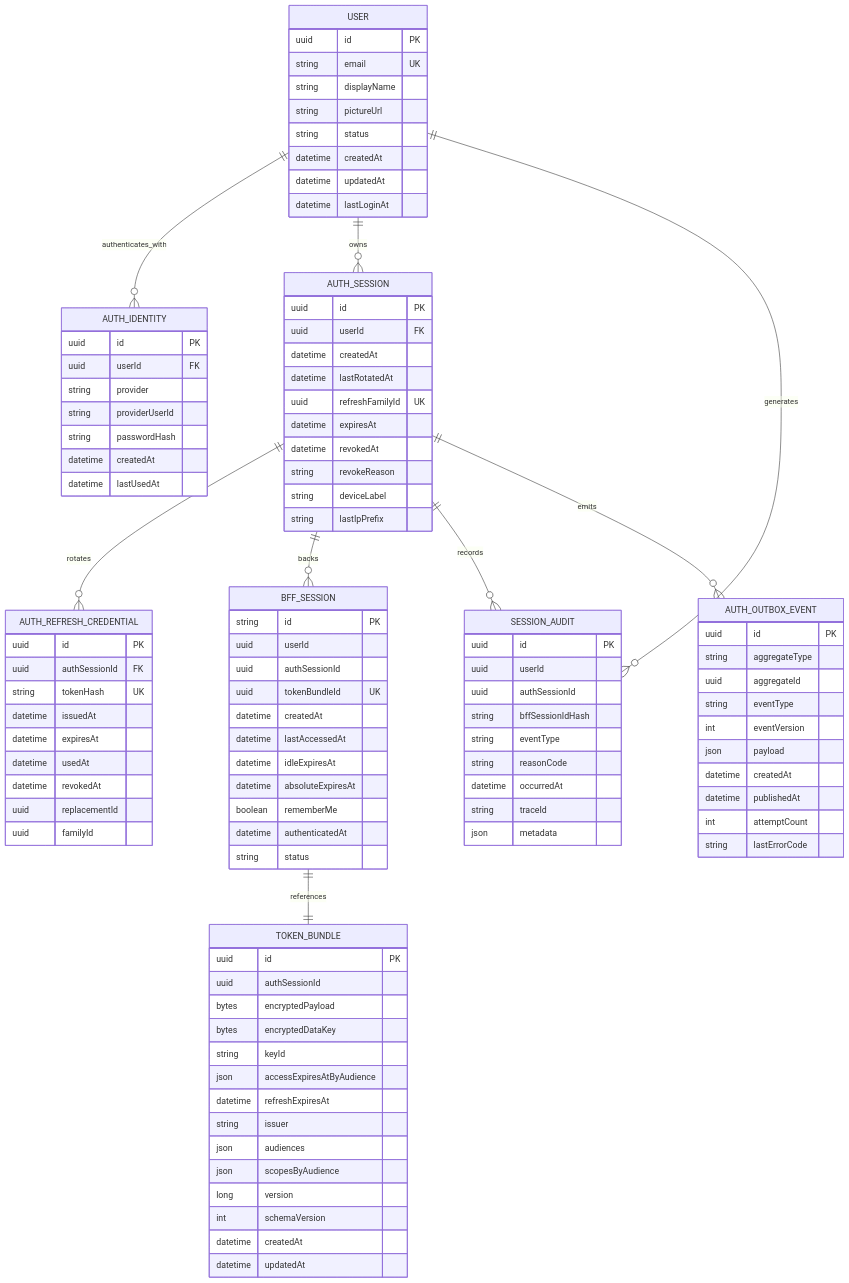
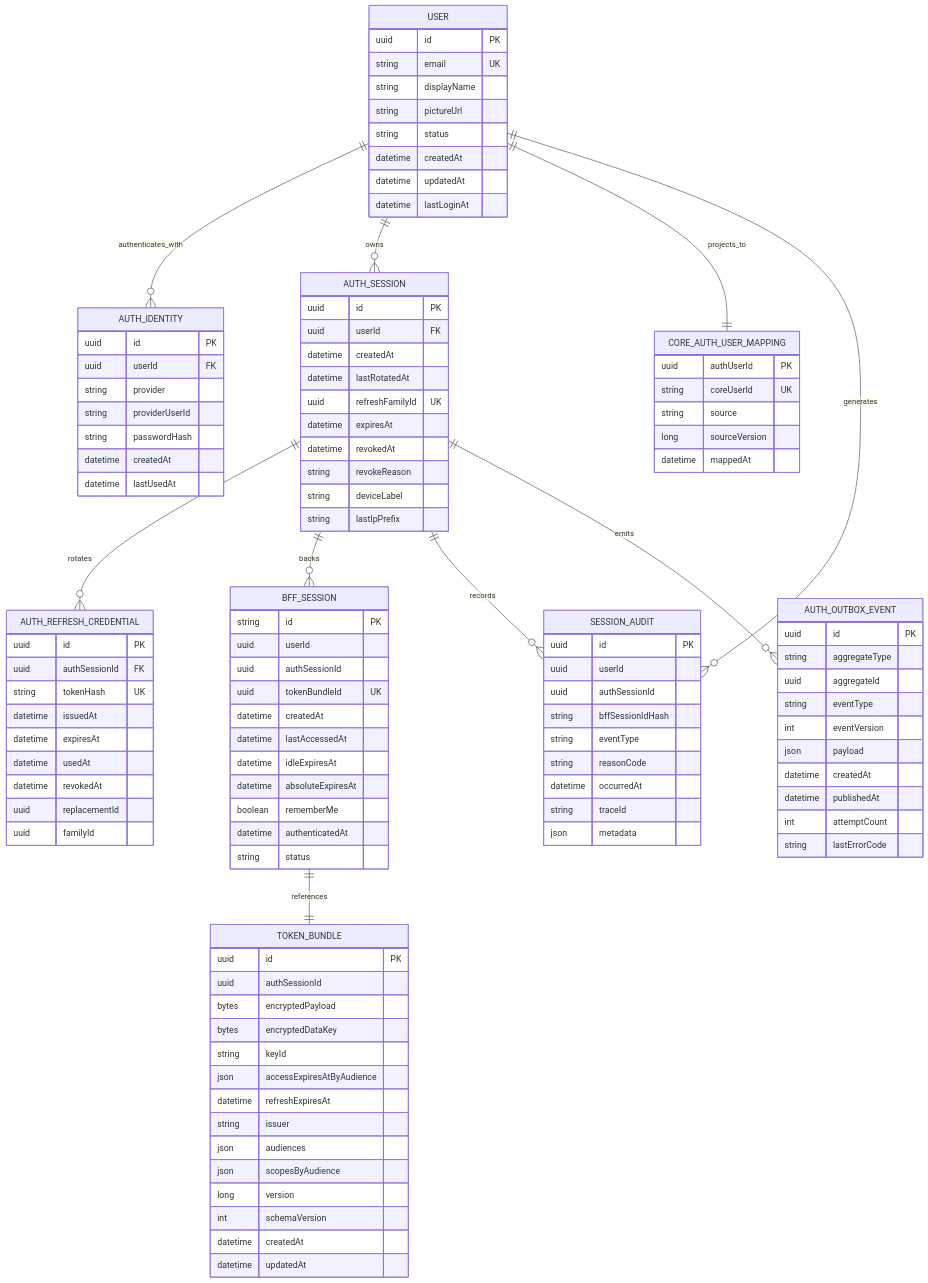
Before and after one commit to Meeting-Mind/MeetingMind: the first of 2 diagrams in specs/002-bff-auth-msa/erd.md, drawn with Mermaid. The commit also changed other lines of this file and 105 other files, not shown here.

```diff
--- a/specs/002-bff-auth-msa/erd.md
+++ b/specs/002-bff-auth-msa/erd.md
@@ -6,6 +6,7 @@
 erDiagram
   USER ||--o{ AUTH_IDENTITY : authenticates_with
   USER ||--o{ AUTH_SESSION : owns
+  USER ||--|| CORE_AUTH_USER_MAPPING : projects_to
   AUTH_SESSION ||--o{ AUTH_REFRESH_CREDENTIAL : rotates
   AUTH_SESSION ||--o{ BFF_SESSION : backs
   BFF_SESSION ||--|| TOKEN_BUNDLE : references
@@ -32,6 +33,14 @@
     string passwordHash
     datetime createdAt
     datetime lastUsedAt
+  }
+
+  CORE_AUTH_USER_MAPPING {
+    uuid authUserId PK
+    string coreUserId UK
+    string source
+    long sourceVersion
+    datetime mappedAt
   }
 
   AUTH_SESSION {
```
